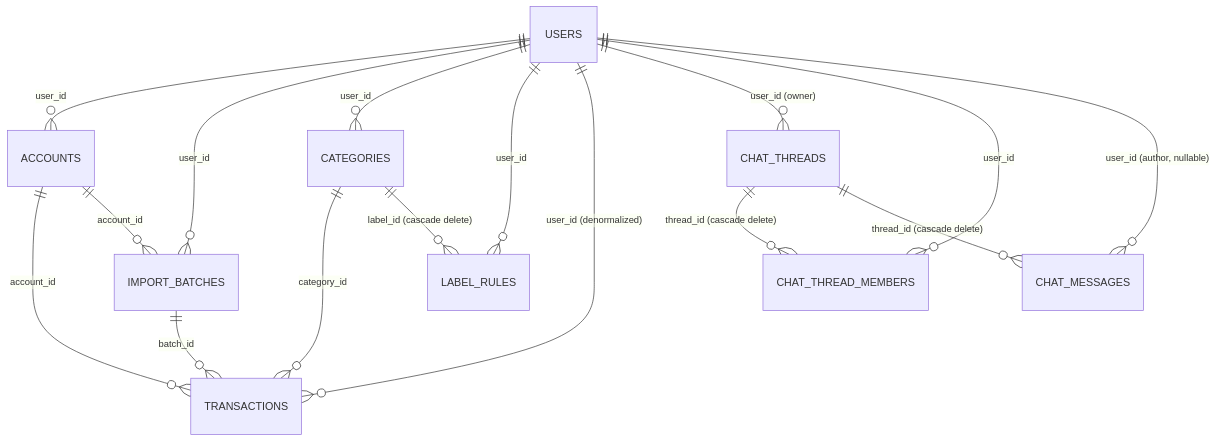
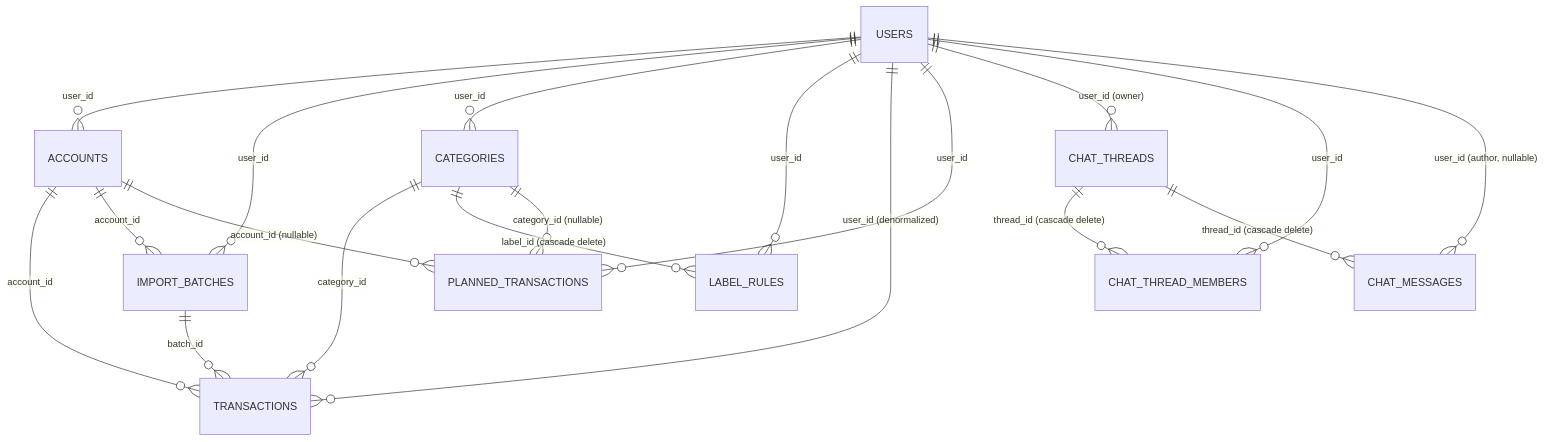
The diagram in docs/data-model.md (j-stechmann/geldlage), drawn with Mermaid before and after one commit. The commit also changed other lines of this file and 62 other files, not shown here.

````diff
--- a/docs/data-model.md
+++ b/docs/data-model.md
@@ -45,18 +45,21 @@
 ```mermaid
 erDiagram
   USERS ||--o{ ACCOUNTS : "user_id"
   USERS ||--o{ IMPORT_BATCHES : "user_id"
   USERS ||--o{ CATEGORIES : "user_id"
   USERS ||--o{ LABEL_RULES : "user_id"
   USERS ||--o{ TRANSACTIONS : "user_id (denormalized)"
+  USERS ||--o{ PLANNED_TRANSACTIONS : "user_id"
   USERS ||--o{ CHAT_THREADS : "user_id (owner)"
   USERS ||--o{ CHAT_THREAD_MEMBERS : "user_id"
   USERS ||--o{ CHAT_MESSAGES : "user_id (author, nullable)"
   ACCOUNTS ||--o{ TRANSACTIONS : "account_id"
   ACCOUNTS ||--o{ IMPORT_BATCHES : "account_id"
+  ACCOUNTS ||--o{ PLANNED_TRANSACTIONS : "account_id (nullable)"
   IMPORT_BATCHES ||--o{ TRANSACTIONS : "batch_id"
   CATEGORIES ||--o{ TRANSACTIONS : "category_id"
   CATEGORIES ||--o{ LABEL_RULES : "label_id (cascade delete)"
+  CATEGORIES ||--o{ PLANNED_TRANSACTIONS : "category_id (nullable)"
   CHAT_THREADS ||--o{ CHAT_THREAD_MEMBERS : "thread_id (cascade delete)"
   CHAT_THREADS ||--o{ CHAT_MESSAGES : "thread_id (cascade delete)"
 ```
````
